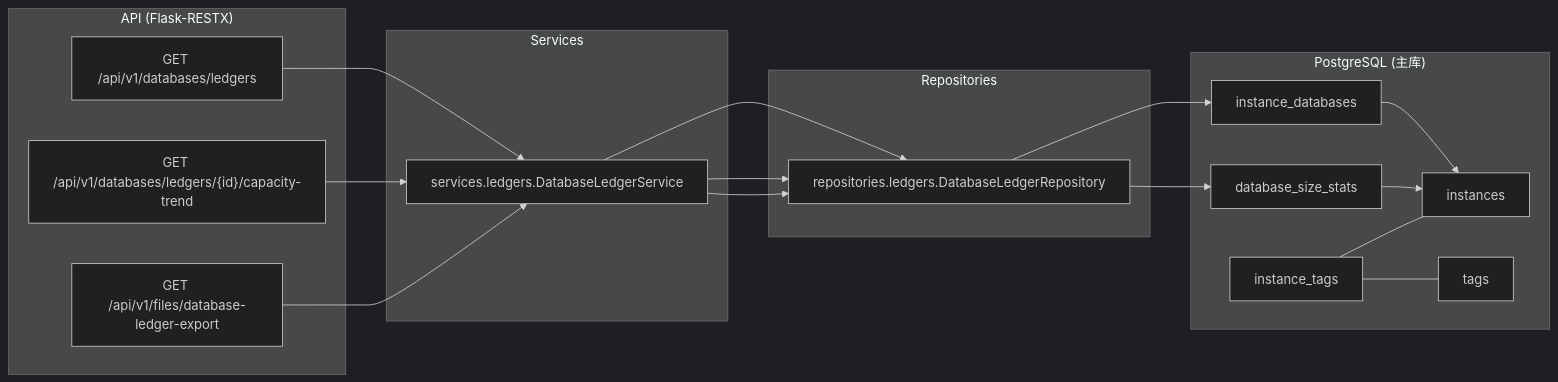
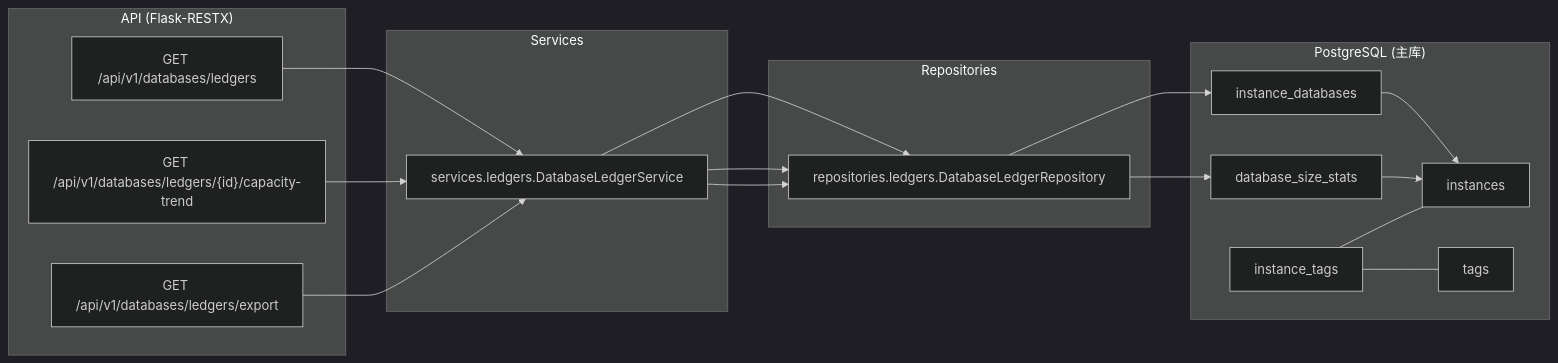
Before and after one commit to nyealovey/WhaleFall: the diagram in docs/architecture/databases-ledger-domain.md, drawn with Mermaid (dark theme). The commit also changed other lines of this file and 82 other files, not shown here.

````diff
--- a/docs/architecture/databases-ledger-domain.md
+++ b/docs/architecture/databases-ledger-domain.md
@@ -30,32 +30,32 @@
 ```mermaid
 flowchart LR
   subgraph API["API (Flask-RESTX)"]
     Ledgers["GET /api/v1/databases/ledgers"]
     Trend["GET /api/v1/databases/ledgers/{id}/capacity-trend"]
-    Export["GET /api/v1/files/database-ledger-export"]
+    Export["GET /api/v1/databases/ledgers/export"]
   end
 
   subgraph Services["Services"]
     LedgerSvc["services.ledgers.DatabaseLedgerService"]
   end
 
   subgraph Repos["Repositories"]
     LedgerRepo["repositories.ledgers.DatabaseLedgerRepository"]
   end
 
   subgraph DB["PostgreSQL (主库)"]
     TInst["instances"]
     TDB["instance_databases"]
     TStat["database_size_stats"]
     TTags["tags"]
     TLink["instance_tags"]
   end
 
   Ledgers --> LedgerSvc --> LedgerRepo --> TDB
   Trend --> LedgerSvc --> LedgerRepo --> TStat
   Export --> LedgerSvc --> LedgerRepo
   TDB --> TInst
   TStat --> TInst
   TLink --- TInst
   TLink --- TTags
 ```
````
